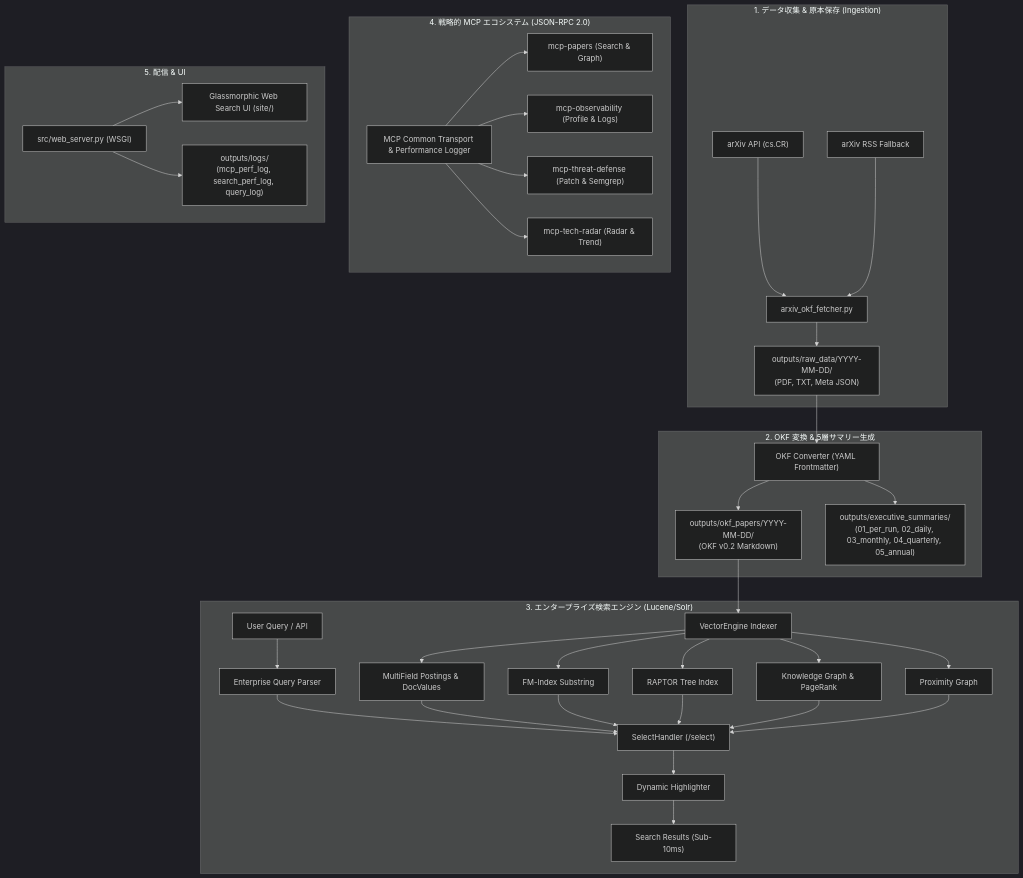
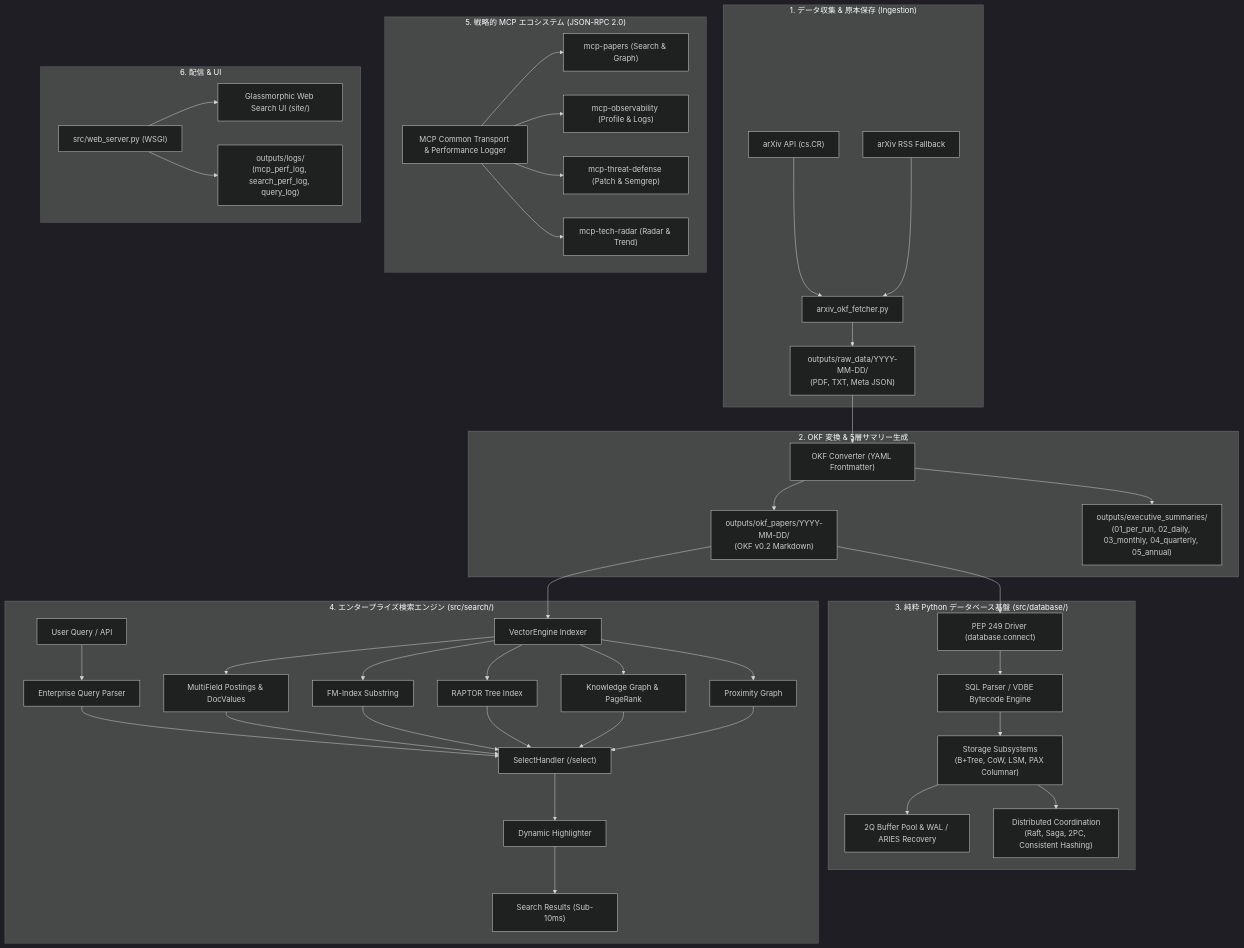
Before and after one commit to rokujyouhitoma/arxiv-security-papers: the diagram in README.md, drawn with Mermaid (dark theme). The commit also changed other lines of this file, not shown here.

Commit message:
docs: update README.md with pure Python SQLite compatible and distributed vector DB architecture

````diff
--- a/README.md
+++ b/README.md
@@ -50,42 +54,50 @@
 ```mermaid
 flowchart TB
     subgraph Ingestion ["1. データ収集 & 原本保存 (Ingestion)"]
         ARXIV["arXiv API (cs.CR)"] --> FETCH["arxiv_okf_fetcher.py"]
         RSS["arXiv RSS Fallback"] --> FETCH
         FETCH --> RAW["outputs/raw_data/YYYY-MM-DD/<br/>(PDF, TXT, Meta JSON)"]
     end
 
     subgraph OKF_Conversion ["2. OKF 変換 & 5層サマリー生成"]
         RAW --> OKF["OKF Converter (YAML Frontmatter)"]
         OKF --> OKF_PAPERS["outputs/okf_papers/YYYY-MM-DD/<br/>(OKF v0.2 Markdown)"]
         OKF --> SUMMARIES["outputs/executive_summaries/<br/>(01_per_run, 02_daily, 03_monthly, 04_quarterly, 05_annual)"]
     end
 
-    subgraph Search_Engine ["3. エンタープライズ検索エンジン (Lucene/Solr)"]
+    subgraph Database_Engine ["3. 純粋 Python データベース基盤 (src/database/)"]
+        OKF_PAPERS --> DB_DRIVER["PEP 249 Driver (database.connect)"]
+        DB_DRIVER --> SQL_VM["SQL Parser / VDBE Bytecode Engine"]
+        SQL_VM --> STORAGE_TIERS["Storage Subsystems<br/>(B+Tree, CoW, LSM, PAX Columnar)"]
+        STORAGE_TIERS --> BUFFER_WAL["2Q Buffer Pool & WAL / ARIES Recovery"]
+        STORAGE_TIERS --> DISTRIB["Distributed Coordination<br/>(Raft, Saga, 2PC, Consistent Hashing)"]
+    end
+
+    subgraph Search_Engine ["4. エンタープライズ検索エンジン (src/search/)"]
         OKF_PAPERS --> INDEXER["VectorEngine Indexer"]
         INDEXER --> POSTINGS["MultiField Postings & DocValues"]
         INDEXER --> FM_INDEX["FM-Index Substring"]
         INDEXER --> RAPTOR["RAPTOR Tree Index"]
         INDEXER --> KG_PR["Knowledge Graph & PageRank"]
         INDEXER --> PROXIMITY["Proximity Graph"]
         
         QUERY["User Query / API"] --> PARSER["Enterprise Query Parser"]
         PARSER --> SELECT["SelectHandler (/select)"]
         POSTINGS & FM_INDEX & RAPTOR & KG_PR & PROXIMITY --> SELECT
         SELECT --> HIGHLIGHT["Dynamic Highlighter"]
         HIGHLIGHT --> SEARCH_RESP["Search Results (Sub-10ms)"]
     end
 
-    subgraph MCP_Ecosystem ["4. 戦略的 MCP エコシステム (JSON-RPC 2.0)"]
+    subgraph MCP_Ecosystem ["5. 戦略的 MCP エコシステム (JSON-RPC 2.0)"]
         MCP_BASE["MCP Common Transport & Performance Logger"]
         MCP_BASE --> MCP_PAPERS["mcp-papers (Search & Graph)"]
         MCP_BASE --> MCP_OBS["mcp-observability (Profile & Logs)"]
         MCP_BASE --> MCP_THREAT["mcp-threat-defense (Patch & Semgrep)"]
         MCP_BASE --> MCP_RADAR["mcp-tech-radar (Radar & Trend)"]
     end
 
-    subgraph Presentation ["5. 配信 & UI"]
+    subgraph Presentation ["6. 配信 & UI"]
         WEB["src/web_server.py (WSGI)"] --> UI["Glassmorphic Web Search UI (site/)"]
         WEB --> LOGS["outputs/logs/<br/>(mcp_perf_log, search_perf_log, query_log)"]
     end
 ```
````
